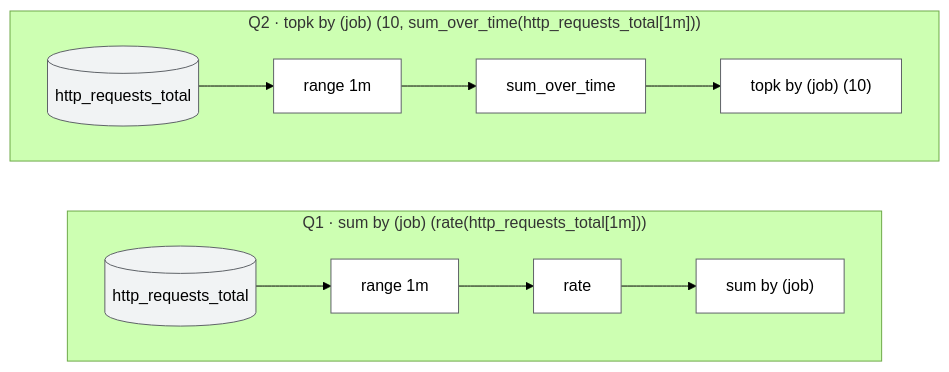
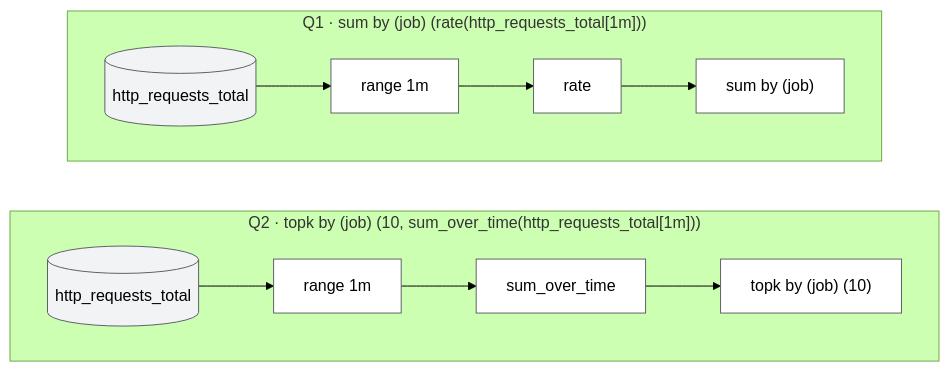
One commit to ProjectASAP/ASAPPlanner changed the first of 10 diagrams in docs/design_docs/proposals/planner-layering.md. Above: the diagram before and after it, drawn with Mermaid (forest theme). The commit also changed other lines of this file, not shown here.

````diff
--- a/docs/design_docs/proposals/planner-layering.md
+++ b/docs/design_docs/proposals/planner-layering.md
@@ -384,15 +407,16 @@
 ```mermaid
-flowchart LR
+flowchart TB
   subgraph Q1["Q1 · sum by (job) (rate(http_requests_total[1m]))"]
     direction LR
     x1[("http_requests_total")]:::data --> x2["range 1m"]:::exact --> x3["rate"]:::exact --> x4["sum by (job)"]:::exact
   end
   subgraph Q2["Q2 · topk by (job) (10, sum_over_time(http_requests_total[1m]))"]
     direction LR
     y1[("http_requests_total")]:::data --> y2["range 1m"]:::exact --> y3["sum_over_time"]:::exact --> y4["topk by (job) (10)"]:::exact
   end
+  Q1 ~~~ Q2
   classDef data fill:#f1f3f4,stroke:#5f6368,color:#000;
   classDef exact fill:#fff,stroke:#5f6368,color:#000;
   classDef summary fill:#e8f0fe,stroke:#1a73e8,stroke-width:2px,color:#000;
   classDef estimate fill:#e6f4ea,stroke:#188038,color:#000;
 ```
````
